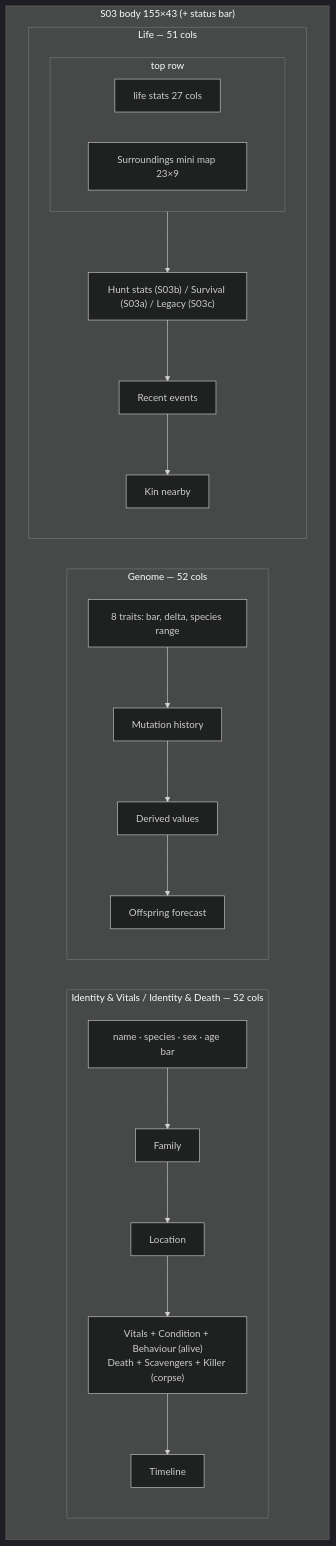
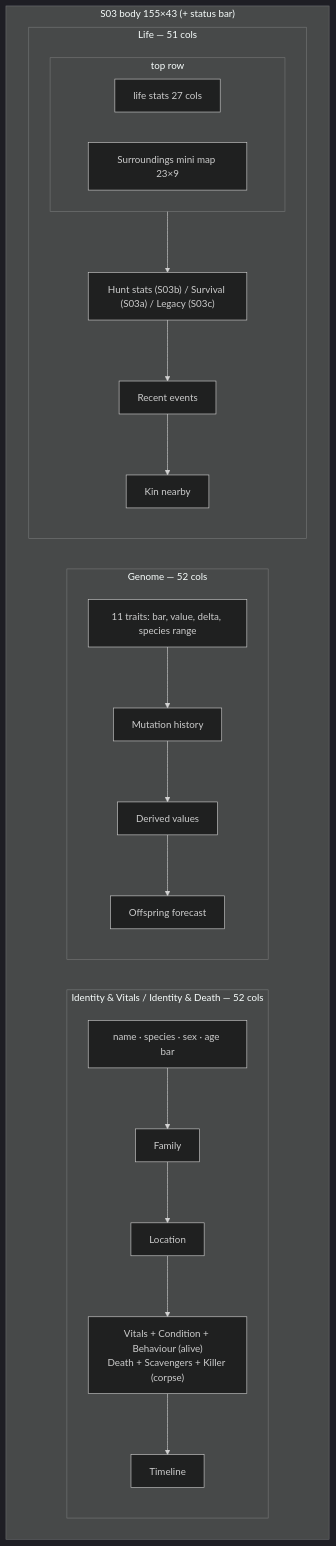
One commit to sbayer55/sim-fortress changed the first of 2 diagrams in docs/screens/s03-creature-inspector.md. Above: the diagram before and after it, drawn with Mermaid (dark theme). The commit also changed other lines of this file and 29 other files, not shown here.

````diff
--- a/docs/screens/s03-creature-inspector.md
+++ b/docs/screens/s03-creature-inspector.md
@@ -39,35 +39,35 @@
 ```mermaid
 flowchart LR
     subgraph body["S03 body 155×43 (+ status bar)"]
         direction LR
         subgraph L["Identity & Vitals / Identity & Death — 52 cols"]
             direction TB
             L1["name · species · sex · age bar"]
             L2["Family"]
             L3["Location"]
             L4["Vitals + Condition + Behaviour (alive)<br/>Death + Scavengers + Killer (corpse)"]
             L5["Timeline"]
             L1 --> L2 --> L3 --> L4 --> L5
         end
         subgraph M["Genome — 52 cols"]
             direction TB
-            M1["8 traits: bar, delta, species range"]
+            M1["11 traits: bar, value, delta, species range"]
             M2["Mutation history"]
             M3["Derived values"]
             M4["Offspring forecast"]
             M1 --> M2 --> M3 --> M4
         end
         subgraph R["Life — 51 cols"]
             direction TB
             subgraph RT["top row"]
                 direction LR
                 R1["life stats 27 cols"]
                 R2["Surroundings mini map 23×9"]
             end
             R3["Hunt stats (S03b) / Survival (S03a) / Legacy (S03c)"]
             R4["Recent events"]
             R5["Kin nearby"]
             RT --> R3 --> R4 --> R5
         end
     end
 ```
````
